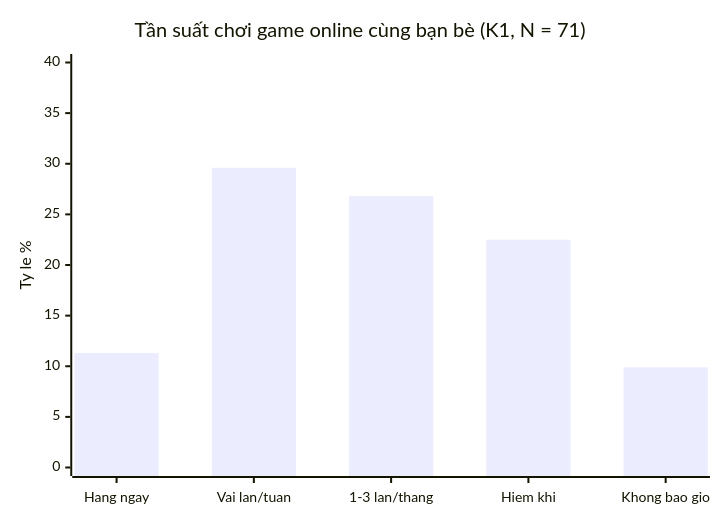
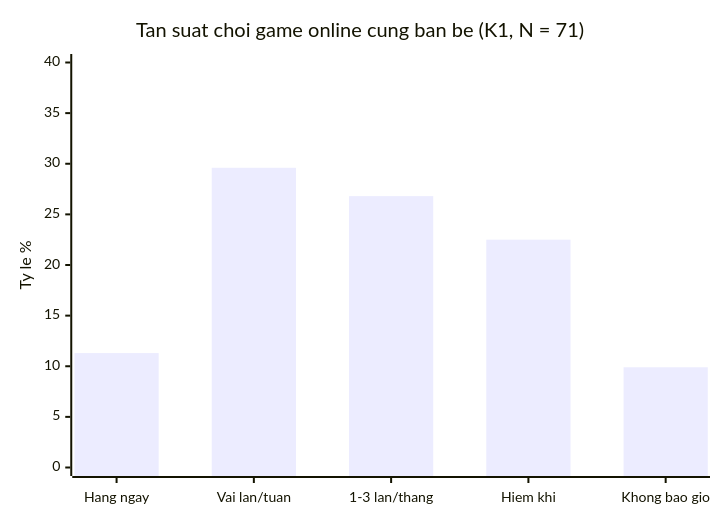
The second of 11 diagrams in docs/business/03-survey.md (ThaiDevv/meloo), drawn with Mermaid before and after one commit. The commit also changed other lines of this file and 1 other file, not shown here.

````diff
--- a/docs/business/03-survey.md
+++ b/docs/business/03-survey.md
@@ -71,7 +79,7 @@
 ```mermaid
 xychart-beta
-    title "Tần suất chơi game online cùng bạn bè (K1, N = 71)"
+    title "Tan suat choi game online cung ban be (K1, N = 71)"
     x-axis ["Hang ngay", "Vai lan/tuan", "1-3 lan/thang", "Hiem khi", "Khong bao gio"]
     y-axis "Ty le %" 0 --> 40
     bar [11.3, 29.6, 26.8, 22.5, 9.9]
 ```
````
